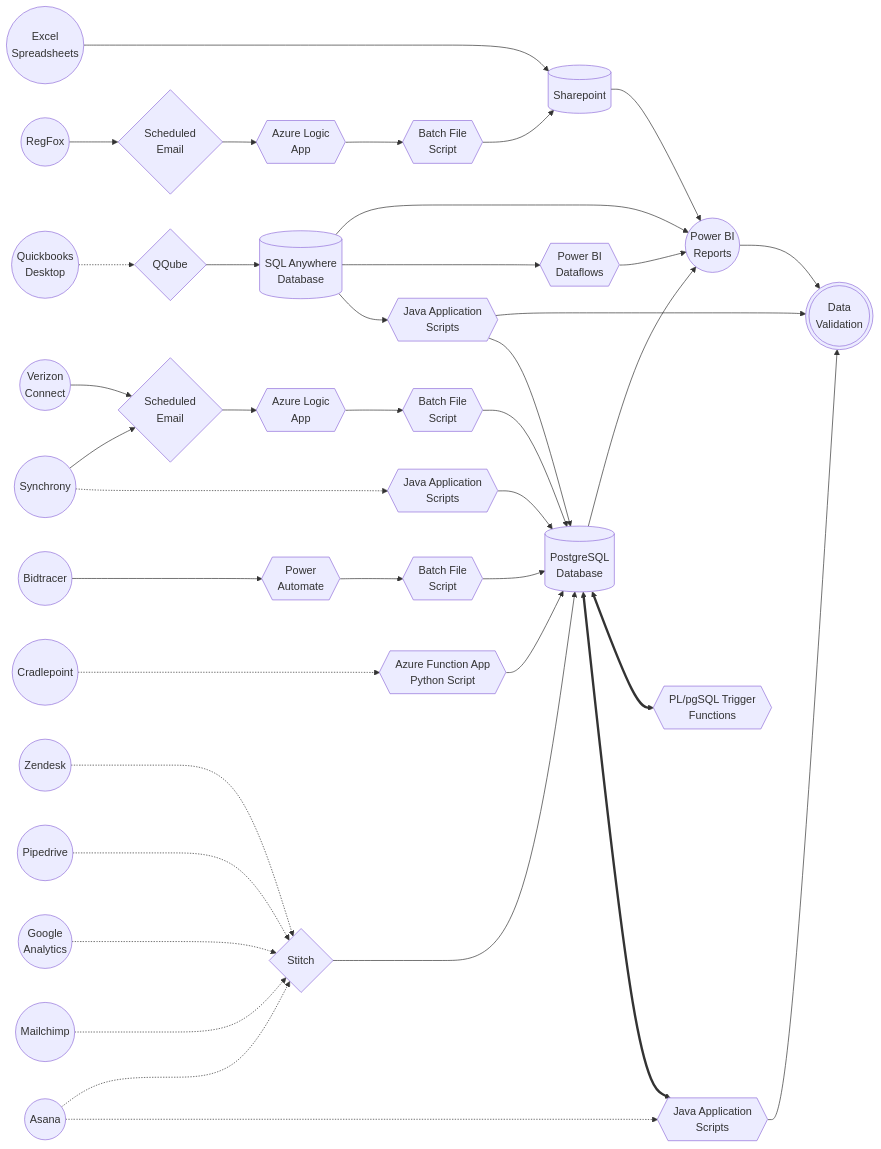
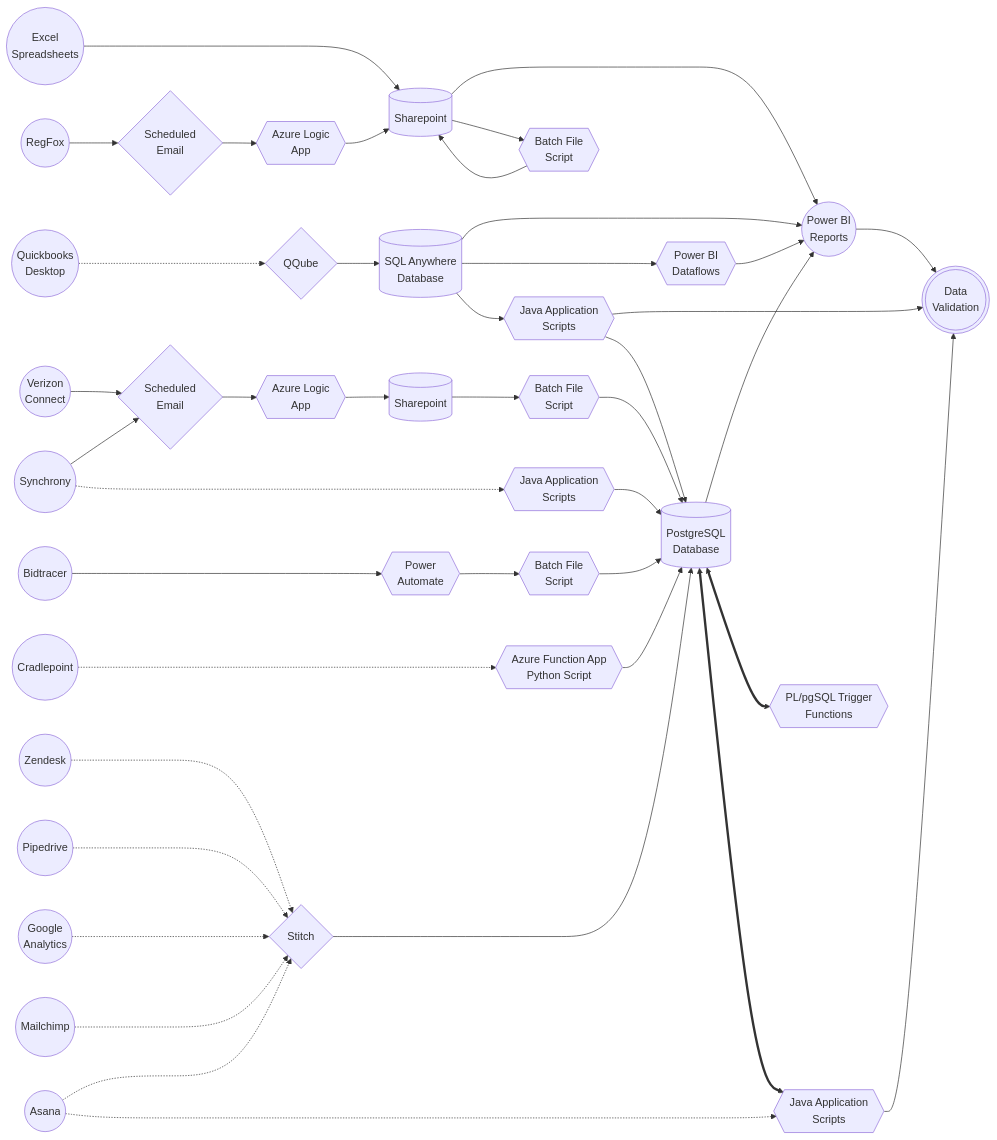
Before and after one commit to automatic-controls/powerbi: the diagram in README.md, drawn with Mermaid. The commit also changed other lines of this file and 18 other files, not shown here.

````diff
--- a/README.md
+++ b/README.md
@@ -49,37 +51,40 @@
 ```mermaid
 flowchart LR
   powerbi((Power BI\nReports))
   quickbooks((Quickbooks\nDesktop))
   asana((Asana))
   zendesk((Zendesk))
   pipedrive((Pipedrive))
   ga((Google\nAnalytics))
   mc((Mailchimp))
   excel((Excel\nSpreadsheets))
   cradlepoint((Cradlepoint))
   bidtracer((Bidtracer))
+  reg_script{{Batch File\nScript}}
   sharepoint[(Sharepoint)]
+  sharepoint2[(Sharepoint)]
   qq_database[(SQL Anywhere\nDatabase)]
   postgresql[(PostgreSQL\nDatabase)]
   qqube{QQube}
   stitch{Stitch}
   power_auto{{Power\nAutomate}}
   qq_dataflows{{Power BI\nDataflows}}
   qq_script{{Java Application\nScripts}}
   cradle_script{{Azure Function App\nPython Script}}
   bid_upload{{Batch File\nScript}}
-  excel----->sharepoint-->powerbi-->validate>Data Validation]
-  regfox((RegFox))-->reg_email{Scheduled\nEmail}-->reg_azure{{Azure Logic\nApp}}-->reg_script{{Batch File\nScript}}-->sharepoint
+  excel---->sharepoint---->powerbi-->validate>Data Validation]
+  regfox((RegFox))-->reg_email{Scheduled\nEmail}-->reg_azure{{Azure Logic\nApp}}-->sharepoint
+  sharepoint-->reg_script-->sharepoint
   qq_script-->validate
-  quickbooks-.->qqube-->qq_database-->powerbi
+  quickbooks-..->qqube-->qq_database-->powerbi
   qq_database-->qq_dataflows-->powerbi
   qq_database-->qq_script-->postgresql-->powerbi
-  verizon((Verizon\nConnect)) & synchrony((Synchrony))-->ver_email{Scheduled\nEmail}-->ver_azure{{Azure Logic\nApp}}-->ver_script{{Batch File\nScript}}-->postgresql
-  synchrony-.->sync_java_scripts{{Java Application\nScripts}}-->postgresql
-  bidtracer--->power_auto-->bid_upload-->postgresql
-  cradlepoint-...->cradle_script-->postgresql
-  zendesk & pipedrive & ga & mc & asana-..->stitch--->postgresql
+  verizon((Verizon\nConnect)) & synchrony((Synchrony))-->ver_email{Scheduled\nEmail}-->ver_azure{{Azure Logic\nApp}}-->sharepoint2-->ver_script{{Batch File\nScript}}-->postgresql
+  synchrony-..->sync_java_scripts{{Java Application\nScripts}}-->postgresql
+  bidtracer---->power_auto-->bid_upload-->postgresql
+  cradlepoint-....->cradle_script-->postgresql
+  zendesk & pipedrive & ga & mc & asana-..->stitch---->postgresql
   postgresql<==>trigger{{PL/pgSQL Trigger\nFunctions}} & process{{Java Application\nScripts}}
   asana-.->process
   process-->validate(((Data\nValidation)))
 ```
````
